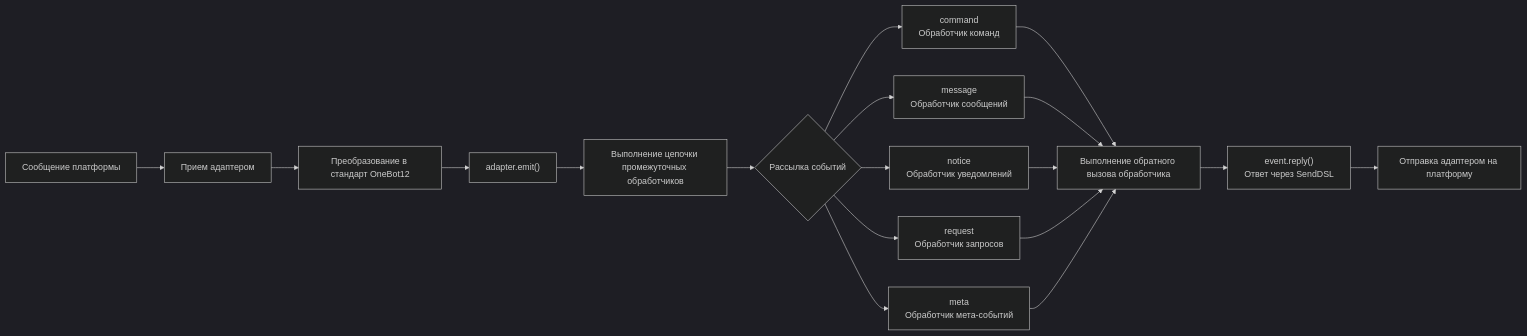
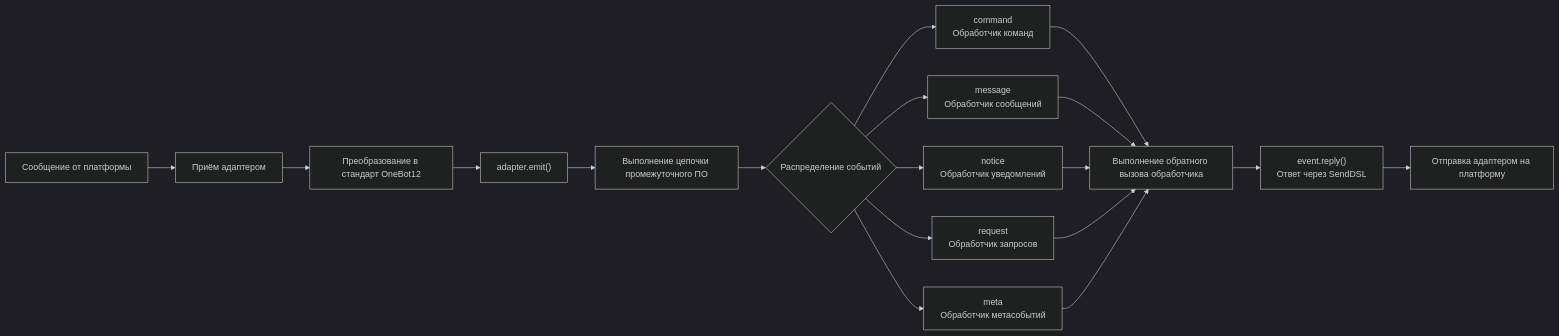
Before and after one commit to ErisPulse/ErisPulse: the third of 9 diagrams in docs/ru/architecture.md, drawn with Mermaid (dark theme). The commit also changed other lines of this file and 143 other files, not shown here.

````diff
--- a/docs/ru/architecture.md
+++ b/docs/ru/architecture.md
@@ -100,16 +92,16 @@
 ```mermaid
 flowchart LR
-    A["Сообщение платформы"] --> B["Прием адаптером"]
+    A["Сообщение от платформы"] --> B["Приём адаптером"]
     B --> C["Преобразование в стандарт OneBot12"]
     C --> D["adapter.emit()"]
-    D --> E["Выполнение цепочки промежуточных обработчиков"]
-    E --> F{"Рассылка событий"}
+    D --> E["Выполнение цепочки промежуточного ПО"]
+    E --> F{"Распределение событий"}
     F --> G1["command<br/>Обработчик команд"]
     F --> G2["message<br/>Обработчик сообщений"]
     F --> G3["notice<br/>Обработчик уведомлений"]
     F --> G4["request<br/>Обработчик запросов"]
-    F --> G5["meta<br/>Обработчик мета-событий"]
+    F --> G5["meta<br/>Обработчик метасобытий"]
     G1 & G2 & G3 & G4 & G5 --> H["Выполнение обратного вызова обработчика"]
     H --> I["event.reply()<br/>Ответ через SendDSL"]
     I --> J["Отправка адаптером на платформу"]
 ```
````
